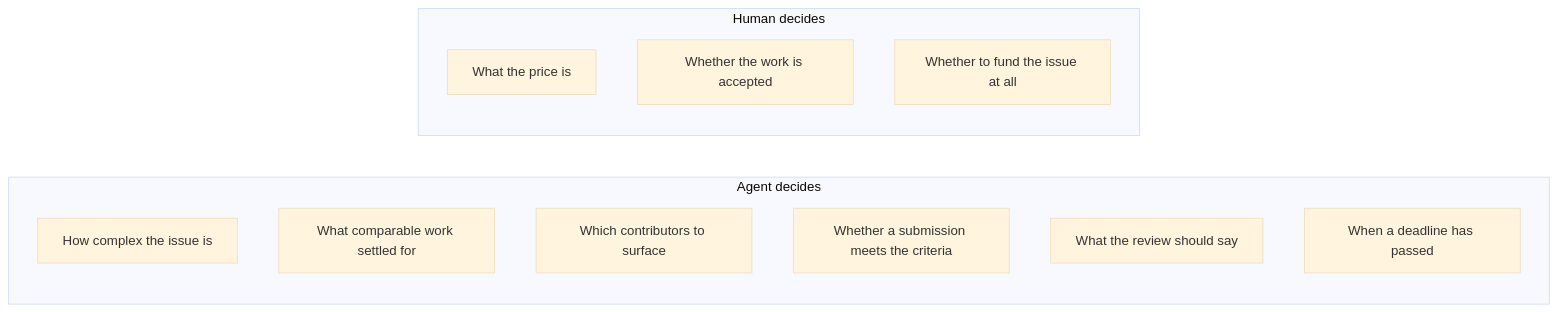
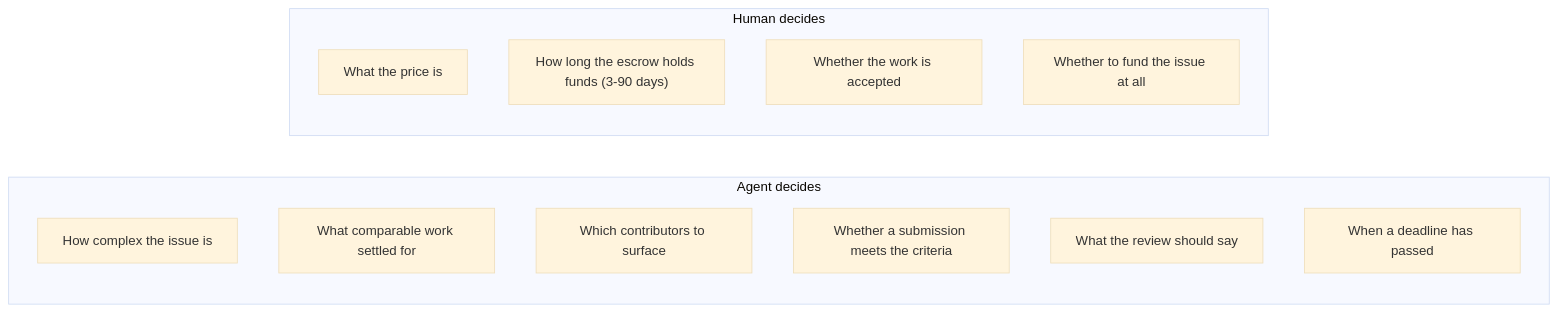
One commit to vanduc2514/hackathon-circle-misthos changed the fourth of 5 diagrams in docs/misthos/05-how-it-works.md. Above: the diagram before and after it, drawn with Mermaid (base theme). The commit also changed 1 other file, not shown here.

Commit message:
docs: record configurable escrow term in changelog and architecture spec

````diff
--- a/docs/misthos/05-how-it-works.md
+++ b/docs/misthos/05-how-it-works.md
@@ -123,16 +123,17 @@
 ```mermaid
 flowchart LR
     subgraph Agent["Agent decides"]
         A1["How complex the issue is"]
         A2["What comparable work settled for"]
         A3["Which contributors to surface"]
         A4["Whether a submission meets the criteria"]
         A5["What the review should say"]
         A6["When a deadline has passed"]
     end
     subgraph Human["Human decides"]
         H1["What the price is"]
-        H2["Whether the work is accepted"]
-        H3["Whether to fund the issue at all"]
+        H2["How long the escrow holds funds (3-90 days)"]
+        H3["Whether the work is accepted"]
+        H4["Whether to fund the issue at all"]
     end
 ```
````
